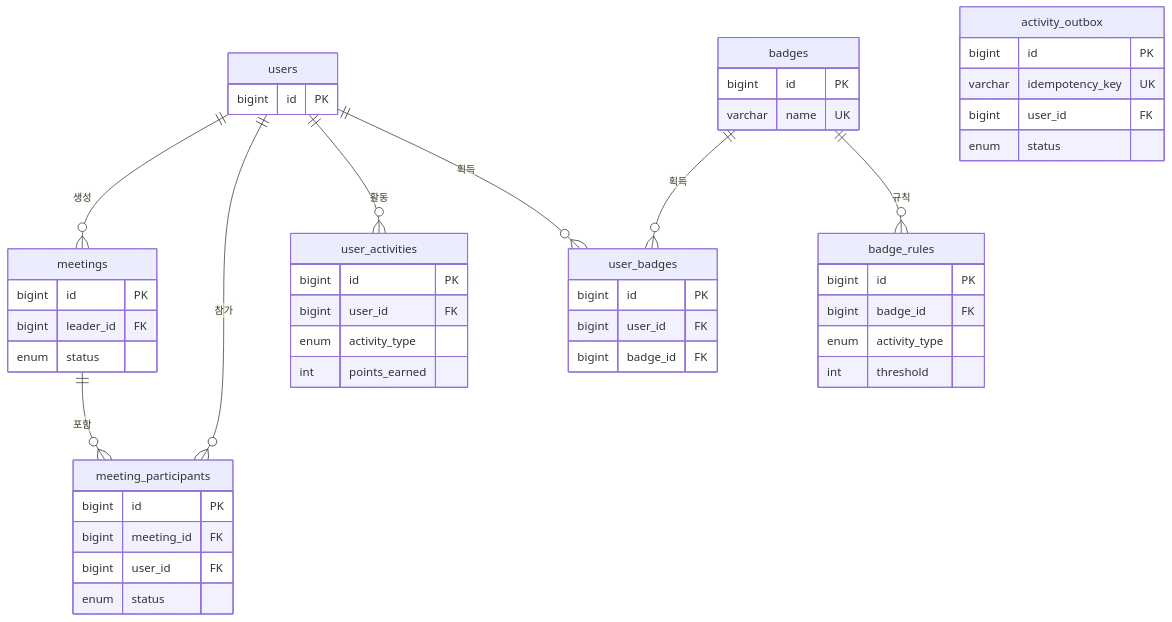
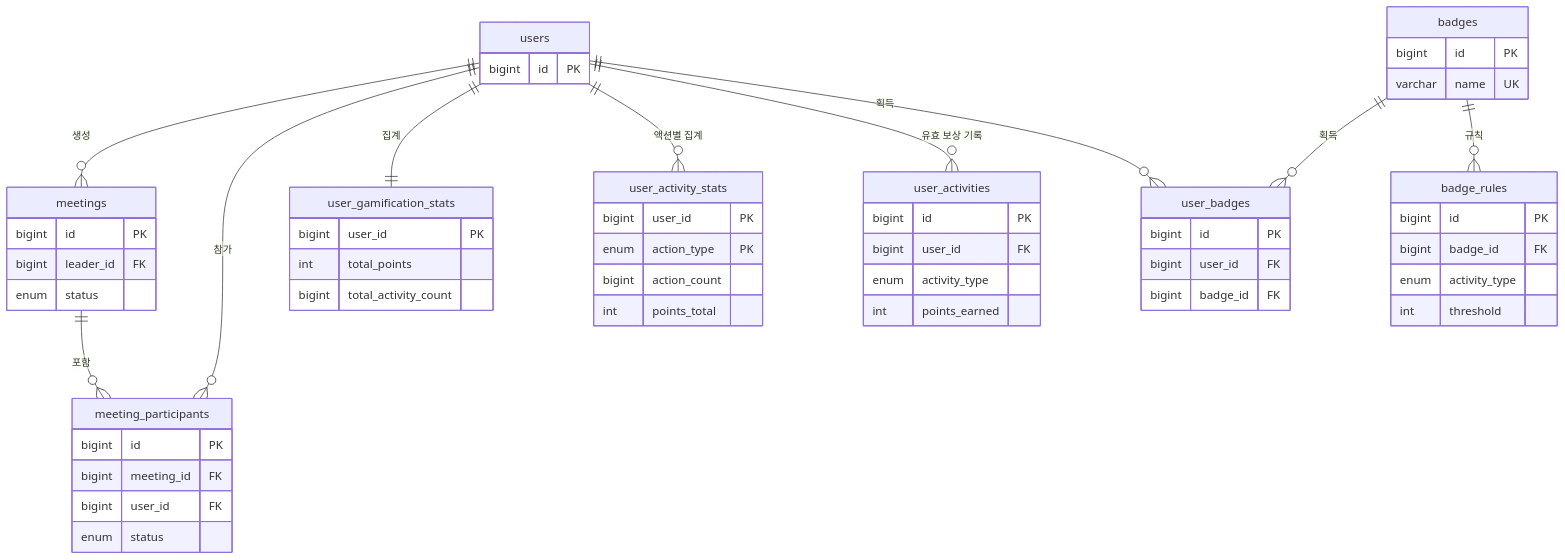
One commit to beginner0107/eventitta changed the second of 3 diagrams in README.md. Above: the diagram before and after it, drawn with Mermaid. The commit also changed other lines of this file and 949 other files, not shown here.

````diff
--- a/README.md
+++ b/README.md
@@ -79,52 +90,59 @@
 ```mermaid
 erDiagram
   users ||--o{ meetings : "생성"
   users ||--o{ meeting_participants : "참가"
-  users ||--o{ user_activities : "활동"
+  users ||--|| user_gamification_stats : "집계"
+  users ||--o{ user_activity_stats : "액션별 집계"
+  users ||--o{ user_activities : "유효 보상 기록"
   users ||--o{ user_badges : "획득"
   meetings ||--o{ meeting_participants : "포함"
   badges ||--o{ user_badges : "획득"
   badges ||--o{ badge_rules : "규칙"
 
   users {
     bigint id PK
   }
   meetings {
     bigint id PK
     bigint leader_id FK
     enum status
   }
   meeting_participants {
     bigint id PK
     bigint meeting_id FK
     bigint user_id FK
     enum status
   }
   user_activities {
     bigint id PK
     bigint user_id FK
     enum activity_type
     int points_earned
   }
+  user_gamification_stats {
+    bigint user_id PK
+    int total_points
+    bigint total_activity_count
+  }
+  user_activity_stats {
+    bigint user_id PK
+    enum action_type PK
+    bigint action_count
+    int points_total
+  }
   badges {
     bigint id PK
     varchar name UK
   }
   user_badges {
     bigint id PK
     bigint user_id FK
     bigint badge_id FK
   }
   badge_rules {
     bigint id PK
     bigint badge_id FK
     enum activity_type
     int threshold
   }
-  activity_outbox {
-    bigint id PK
-    varchar idempotency_key UK
-    bigint user_id FK
-    enum status
-  }
 ```
````
